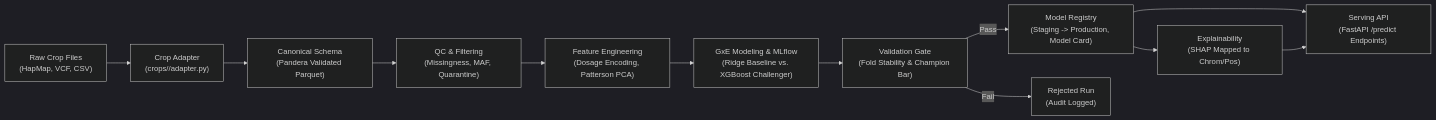
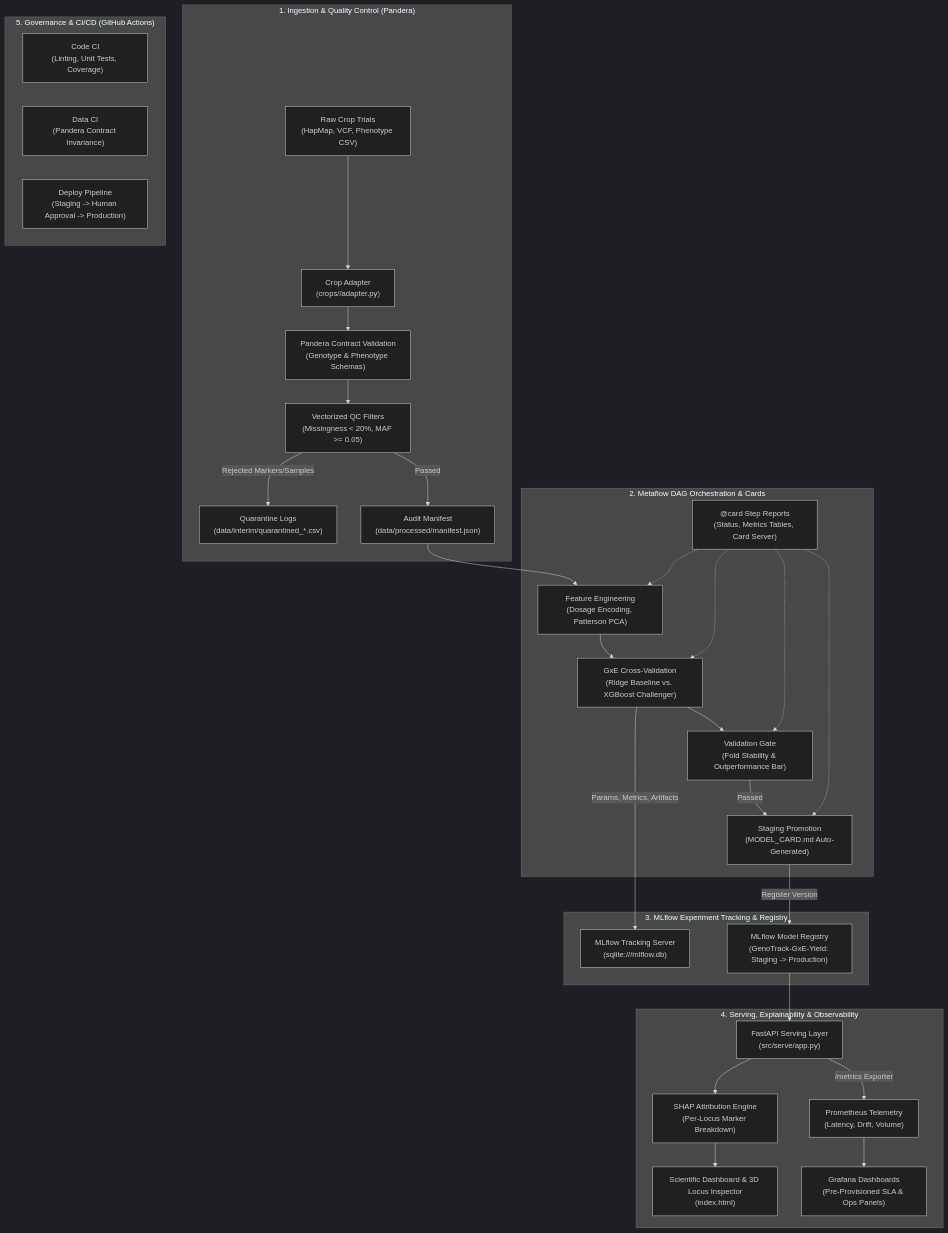
The diagram in README.md (Helly121/GenoTrack), drawn with Mermaid (dark theme) before and after one commit. The commit also changed other lines of this file and 9 other files, not shown here.

Commit message:
feat(mlops): complete MLOps toolchain integration with Metaflow, MLflow, Prometheus, Grafana, Docker Compose, and CI/CD governance

````diff
--- a/README.md
+++ b/README.md
@@ -28,14 +38,37 @@
 ```mermaid
-flowchart LR
-    RAW["Raw Crop Files\n(HapMap, VCF, CSV)"] --> ADAPT["Crop Adapter\n(crops/<crop>/adapter.py)"]
-    ADAPT --> CANON["Canonical Schema\n(Pandera Validated Parquet)"]
-    CANON --> QC["QC & Filtering\n(Missingness, MAF, Quarantine)"]
-    QC --> FEAT["Feature Engineering\n(Dosage Encoding, Patterson PCA)"]
-    FEAT --> TRAIN["GxE Modeling & MLflow\n(Ridge Baseline vs. XGBoost Challenger)"]
-    TRAIN --> GATE["Validation Gate\n(Fold Stability & Champion Bar)"]
-    GATE -->|Pass| REG["Model Registry\n(Staging -> Production, Model Card)"]
-    GATE -->|Fail| REJ["Rejected Run\n(Audit Logged)"]
-    REG --> EXPLAIN["Explainability\n(SHAP Mapped to Chrom/Pos)"]
-    REG --> SERVE["Serving API\n(FastAPI /predict Endpoints)"]
-    EXPLAIN --> SERVE
+flowchart TD
+    subgraph DataIngest["1. Ingestion & Quality Control (Pandera)"]
+        RAW["Raw Crop Trials\n(HapMap, VCF, Phenotype CSV)"] --> ADAPT["Crop Adapter\n(crops/<crop>/adapter.py)"]
+        ADAPT --> SCHEMAS["Pandera Contract Validation\n(Genotype & Phenotype Schemas)"]
+        SCHEMAS --> QC["Vectorized QC Filters\n(Missingness < 20%, MAF >= 0.05)"]
+        QC -->|Rejected Markers/Samples| QUAR["Quarantine Logs\n(data/interim/quarantined_*.csv)"]
+        QC -->|Passed| MANIFEST["Audit Manifest\n(data/processed/manifest.json)"]
+    end
+
+    subgraph Orchestration["2. Metaflow DAG Orchestration & Cards"]
+        MANIFEST --> FEAT["Feature Engineering\n(Dosage Encoding, Patterson PCA)"]
+        FEAT --> TRAIN["GxE Cross-Validation\n(Ridge Baseline vs. XGBoost Challenger)"]
+        TRAIN --> GATE["Validation Gate\n(Fold Stability & Outperformance Bar)"]
+        GATE -->|Passed| PROMOTE["Staging Promotion\n(MODEL_CARD.md Auto-Generated)"]
+        CARDS["@card Step Reports\n(Status, Metrics Tables, Card Server)"] -.-> FEAT & TRAIN & GATE & PROMOTE
+    end
+
+    subgraph Tracking["3. MLflow Experiment Tracking & Registry"]
+        TRAIN -->|Params, Metrics, Artifacts| MLFLOW["MLflow Tracking Server\n(sqlite:///mlflow.db)"]
+        PROMOTE -->|Register Version| REGISTRY["MLflow Model Registry\n(GenoTrack-GxE-Yield: Staging -> Production)"]
+    end
+
+    subgraph ServingObservability["4. Serving, Explainability & Observability"]
+        REGISTRY --> API["FastAPI Serving Layer\n(src/serve/app.py)"]
+        API --> SHAP["SHAP Attribution Engine\n(Per-Locus Marker Breakdown)"]
+        SHAP --> UI["Scientific Dashboard & 3D Locus Inspector\n(index.html)"]
+        API -->|/metrics Exporter| PROM["Prometheus Telemetry\n(Latency, Drift, Volume)"]
+        PROM --> GRAF["Grafana Dashboards\n(Pre-Provisioned SLA & Ops Panels)"]
+    end
+
+    subgraph Governance["5. Governance & CI/CD (GitHub Actions)"]
+        GH_CODE["Code CI\n(Linting, Unit Tests, Coverage)"]
+        GH_DATA["Data CI\n(Pandera Contract Invariance)"]
+        GH_DEPLOY["Deploy Pipeline\n(Staging -> Human Approval -> Production)"]
+    end
 ```
````
